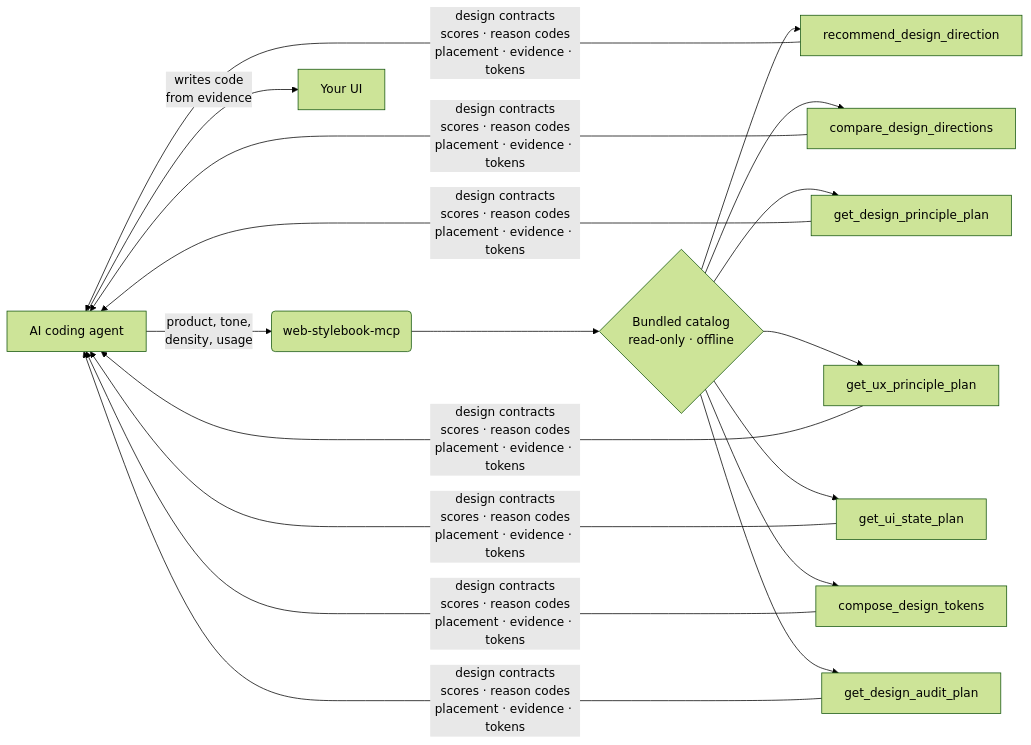
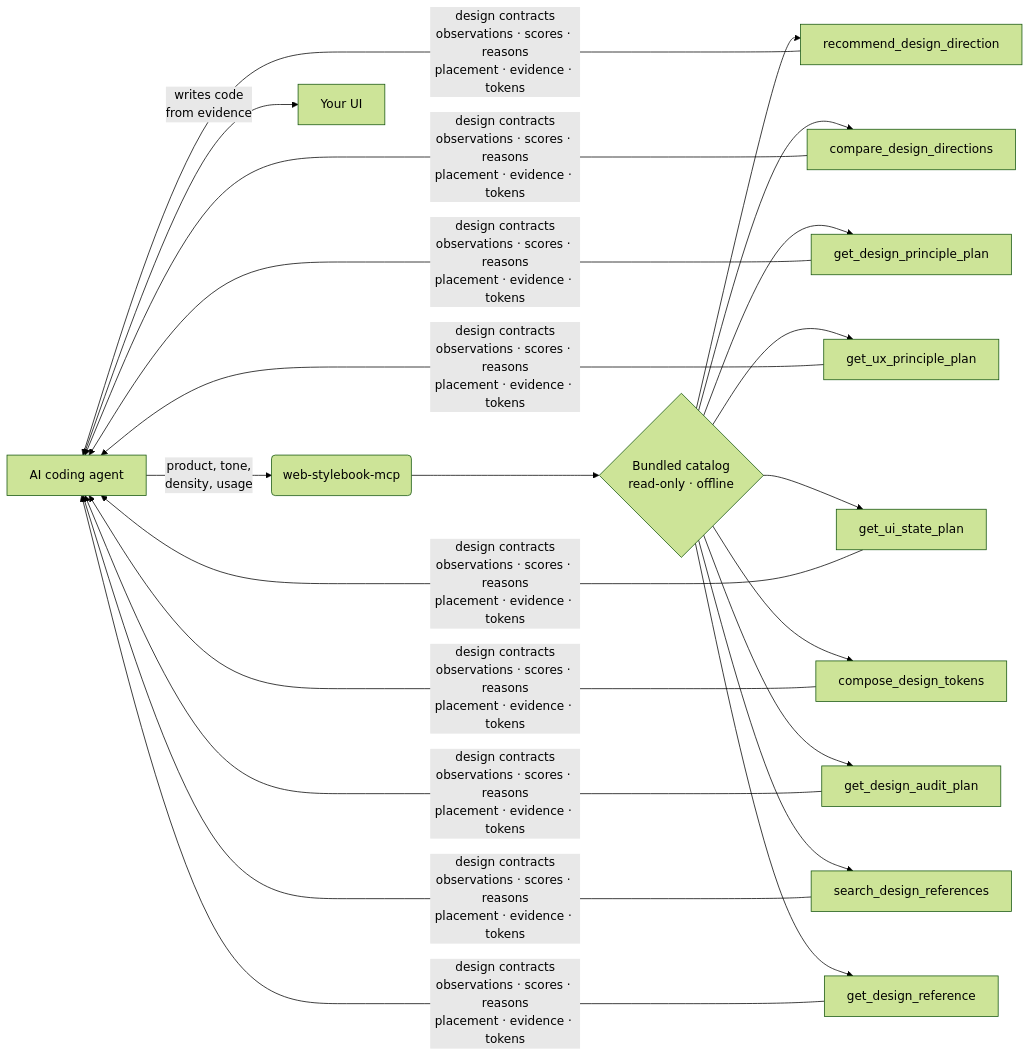
Before and after one commit to seungdori/web-stylebook-mcp: the diagram in README.md, drawn with Mermaid (forest theme). The commit also changed other lines of this file and 22 other files, not shown here.

Commit message:
feat: add real-world design references

````diff
--- a/README.md
+++ b/README.md
@@ -109,14 +109,16 @@
 ```mermaid
 flowchart LR
     A[AI coding agent] -->|product, tone,<br/>density, usage| B(web-stylebook-mcp)
     B --> C{Bundled catalog<br/>read-only · offline}
     C --> D[recommend_design_direction]
     C --> E[compare_design_directions]
     C --> F[get_design_principle_plan]
     C --> G[get_ux_principle_plan]
     C --> H[get_ui_state_plan]
     C --> I[compose_design_tokens]
     C --> J[get_design_audit_plan]
-    D & E & F & G & H & I & J -->|design contracts<br/>scores · reason codes<br/>placement · evidence · tokens| A
+    C --> K[search_design_references]
+    C --> L[get_design_reference]
+    D & E & F & G & H & I & J & K & L -->|design contracts<br/>observations · scores · reasons<br/>placement · evidence · tokens| A
     A -->|writes code<br/>from evidence| Z[Your UI]
 ```
````
